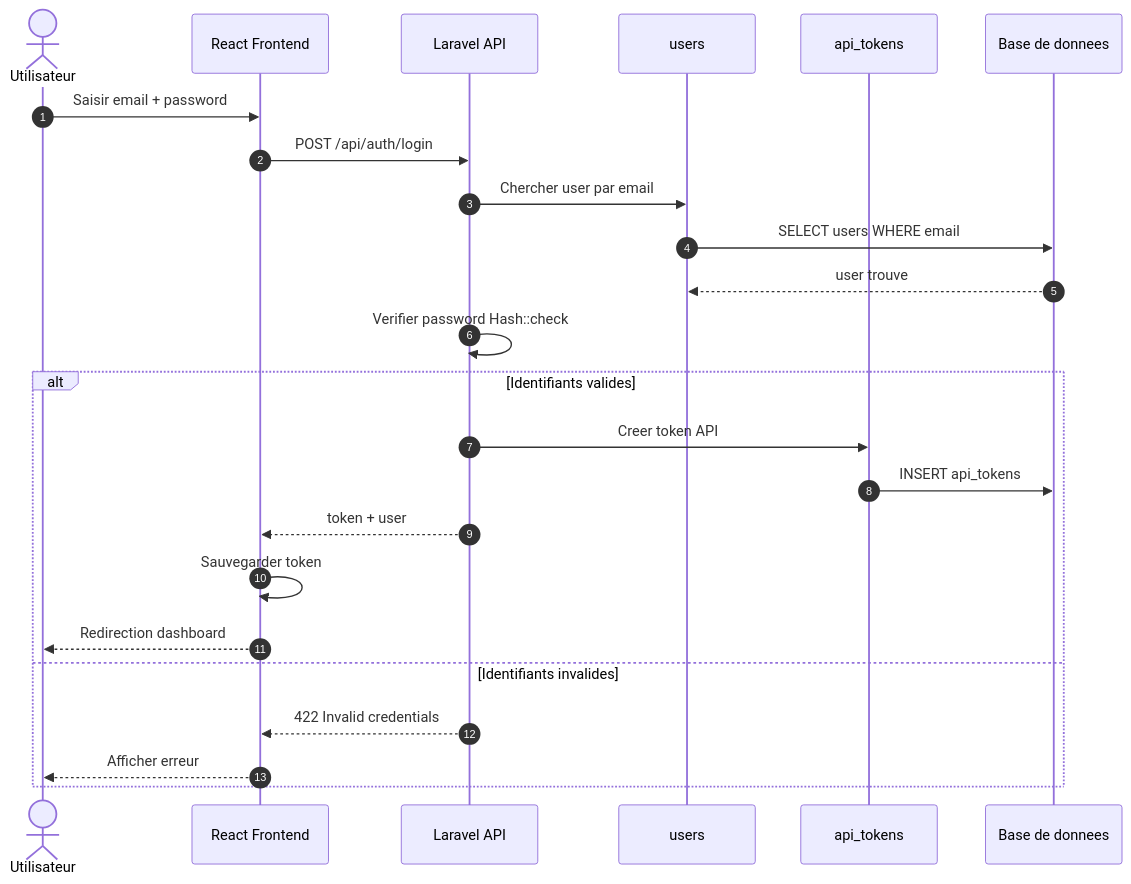
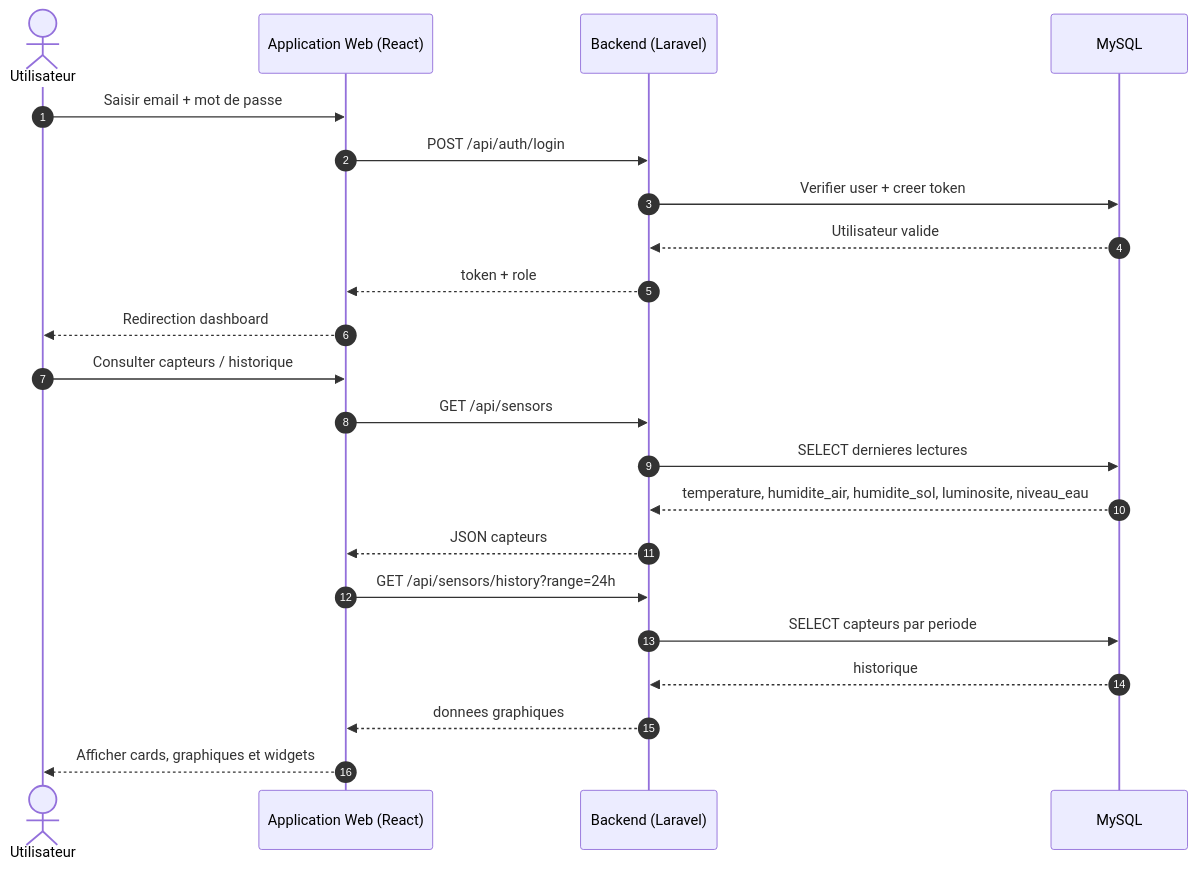
One commit to MEDamine2005/pfe_SmartFarm changed the first of 4 diagrams in diagrame_seqence .md. Above: the diagram before and after it, drawn with Mermaid. The commit also changed other lines of this file and 22 other files, not shown here.

````diff
--- a/diagrame_seqence .md
+++ b/diagrame_seqence .md
@@ -41,28 +25,28 @@
 ```mermaid
 sequenceDiagram
     autonumber
-    actor Utilisateur
-    participant Frontend as React Frontend
-    participant API as Laravel API
-    participant User as users
-    participant Token as api_tokens
-    participant DB as Base de donnees
+    actor U as Utilisateur
+    participant Web as Application Web (React)
+    participant API as Backend (Laravel)
+    participant DB as MySQL
 
-    Utilisateur->>Frontend: Saisir email + password
-    Frontend->>API: POST /api/auth/login
-    API->>User: Chercher user par email
-    User->>DB: SELECT users WHERE email
-    DB-->>User: user trouve
-    API->>API: Verifier password Hash::check
+    U->>Web: Saisir email + mot de passe
+    Web->>API: POST /api/auth/login
+    API->>DB: Verifier user + creer token
+    DB-->>API: Utilisateur valide
+    API-->>Web: token + role
+    Web-->>U: Redirection dashboard
 
-    alt Identifiants valides
-        API->>Token: Creer token API
-        Token->>DB: INSERT api_tokens
-        API-->>Frontend: token + user
-        Frontend->>Frontend: Sauvegarder token
-        Frontend-->>Utilisateur: Redirection dashboard
-    else Identifiants invalides
-        API-->>Frontend: 422 Invalid credentials
-        Frontend-->>Utilisateur: Afficher erreur
-    end
+    U->>Web: Consulter capteurs / historique
+    Web->>API: GET /api/sensors
+    API->>DB: SELECT dernieres lectures
+    DB-->>API: temperature, humidite_air, humidite_sol, luminosite, niveau_eau
+    API-->>Web: JSON capteurs
+
+    Web->>API: GET /api/sensors/history?range=24h
+    API->>DB: SELECT capteurs par periode
+    DB-->>API: historique
+    API-->>Web: donnees graphiques
+
+    Web-->>U: Afficher cards, graphiques et widgets
 ```
````
